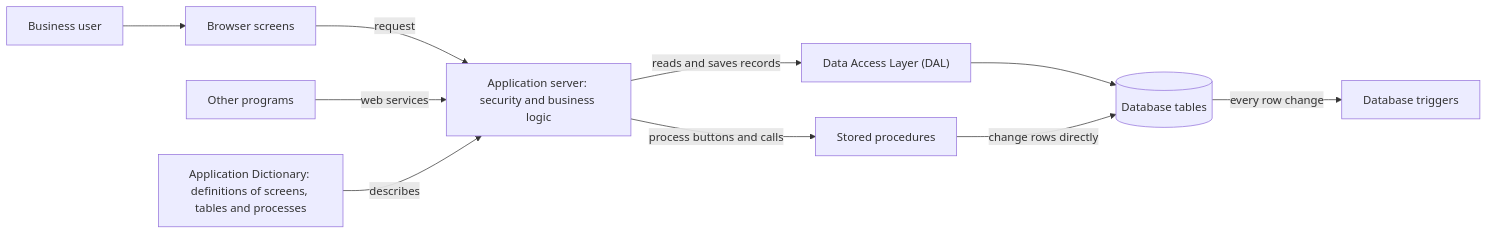
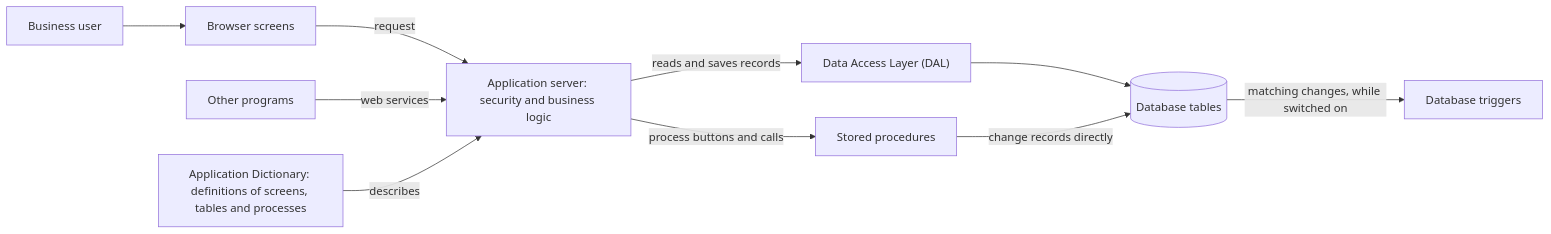
The diagram in docs/00-overview.md (blitzy-public-samples/openbravo-erp), drawn with Mermaid before and after one commit. The commit also changed other lines of this file, not shown here.

````diff
--- a/docs/00-overview.md
+++ b/docs/00-overview.md
@@ -79,12 +83,12 @@
 ```mermaid
 flowchart LR
   U["Business user"] --> B["Browser screens"]
   B -->|"request"| S["Application server: security and business logic"]
   X["Other programs"] -->|"web services"| S
   AD["Application Dictionary: definitions of screens, tables and processes"] -->|"describes"| S
   S -->|"reads and saves records"| DAL["Data Access Layer (DAL)"]
   DAL --> DB[("Database tables")]
   S -->|"process buttons and calls"| SP["Stored procedures"]
-  SP -->|"change rows directly"| DB
-  DB -->|"every row change"| T["Database triggers"]
+  SP -->|"change records directly"| DB
+  DB -->|"matching changes, while switched on"| T["Database triggers"]
 ```
````
